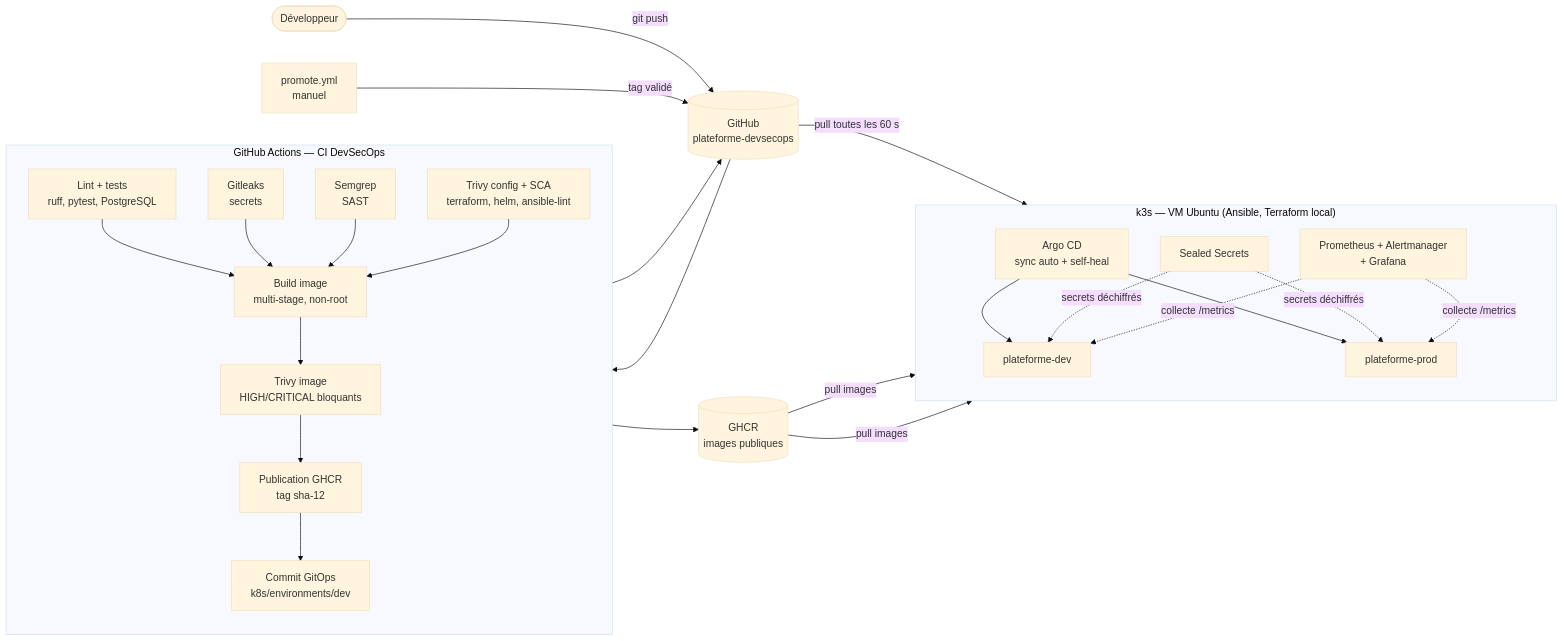
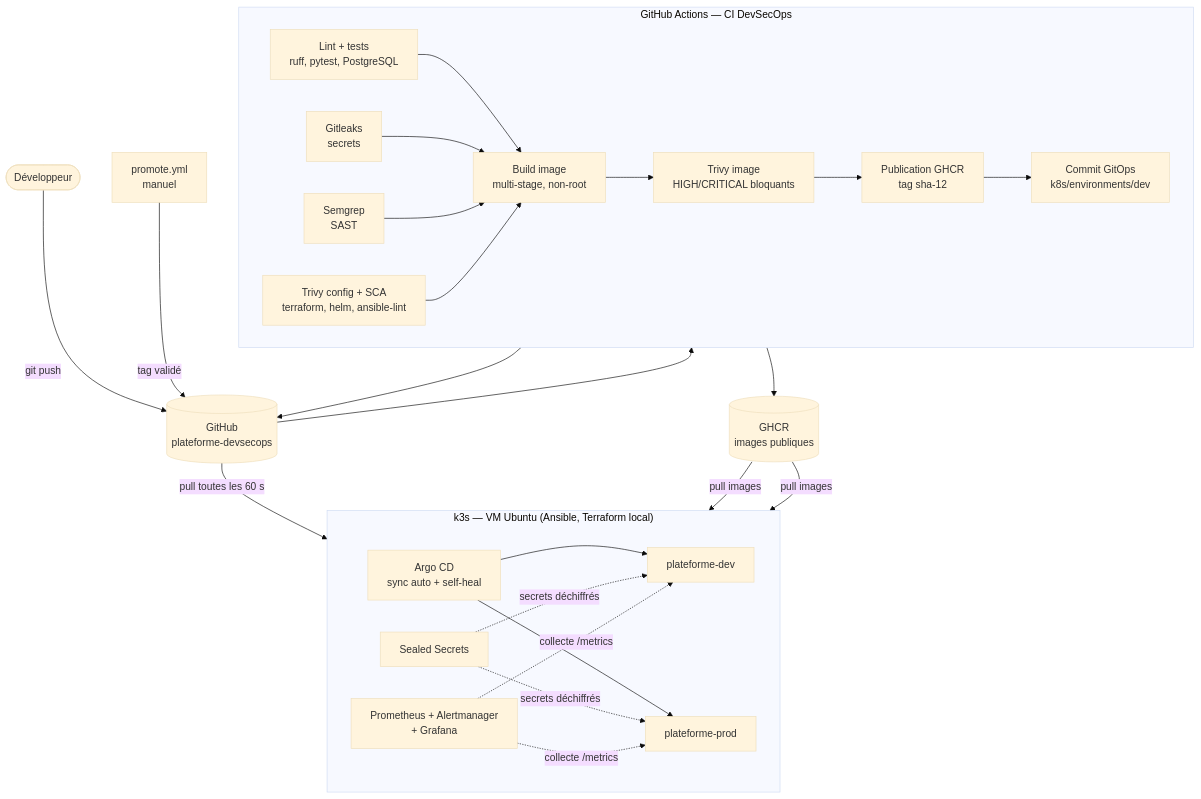
Before and after one commit to Ghassen-kahia/plateforme-devsecops: the first of 2 diagrams in docs/architecture/README.md, drawn with Mermaid (base theme). The commit also changed 7 other files, not shown here.

````diff
--- a/docs/architecture/README.md
+++ b/docs/architecture/README.md
@@ -15,37 +15,37 @@
 ```mermaid
-flowchart LR
+flowchart TB
   dev([Développeur]) -->|git push| gh[(GitHub<br/>plateforme-devsecops)]
 
   subgraph CI["GitHub Actions — CI DevSecOps"]
-    direction TB
+    direction LR
     lint[Lint + tests<br/>ruff, pytest, PostgreSQL]
     gl[Gitleaks<br/>secrets]
     sg[Semgrep<br/>SAST]
     iac[Trivy config + SCA<br/>terraform, helm, ansible-lint]
     build[Build image<br/>multi-stage, non-root]
     tri[Trivy image<br/>HIGH/CRITICAL bloquants]
     push[Publication GHCR<br/>tag sha-12]
     gitops[Commit GitOps<br/>k8s/environments/dev]
     lint & gl & sg & iac --> build --> tri --> push --> gitops
   end
 
   gh --> CI
   push --> ghcr[(GHCR<br/>images publiques)]
   gitops --> gh
   promote[promote.yml<br/>manuel] -->|tag validé| gh
 
   subgraph K3S["k3s — VM Ubuntu (Ansible, Terraform local)"]
-    direction TB
+    direction LR
     argo[Argo CD<br/>sync auto + self-heal]
     ss[Sealed Secrets]
     devns[plateforme-dev]
     prodns[plateforme-prod]
     mon[Prometheus + Alertmanager<br/>+ Grafana]
     argo --> devns & prodns
     ss -.secrets déchiffrés.-> devns & prodns
     mon -.collecte /metrics.-> devns & prodns
   end
 
   gh -->|pull toutes les 60 s| argo
   ghcr -->|pull images| devns & prodns
 ```
````
